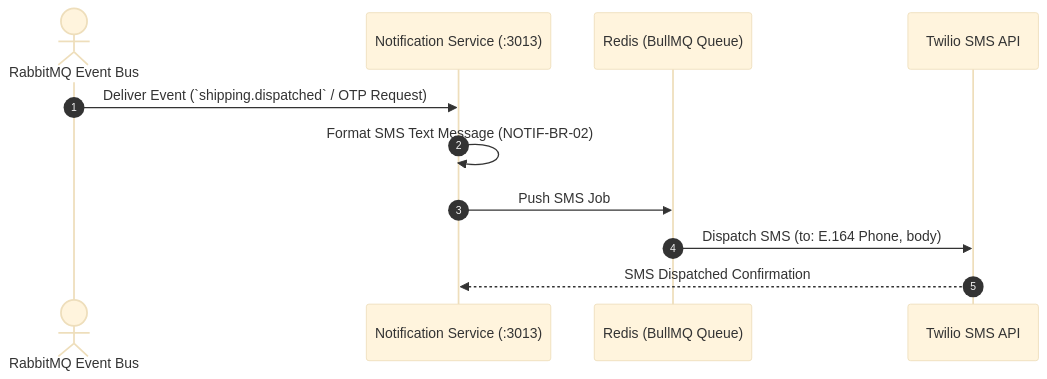
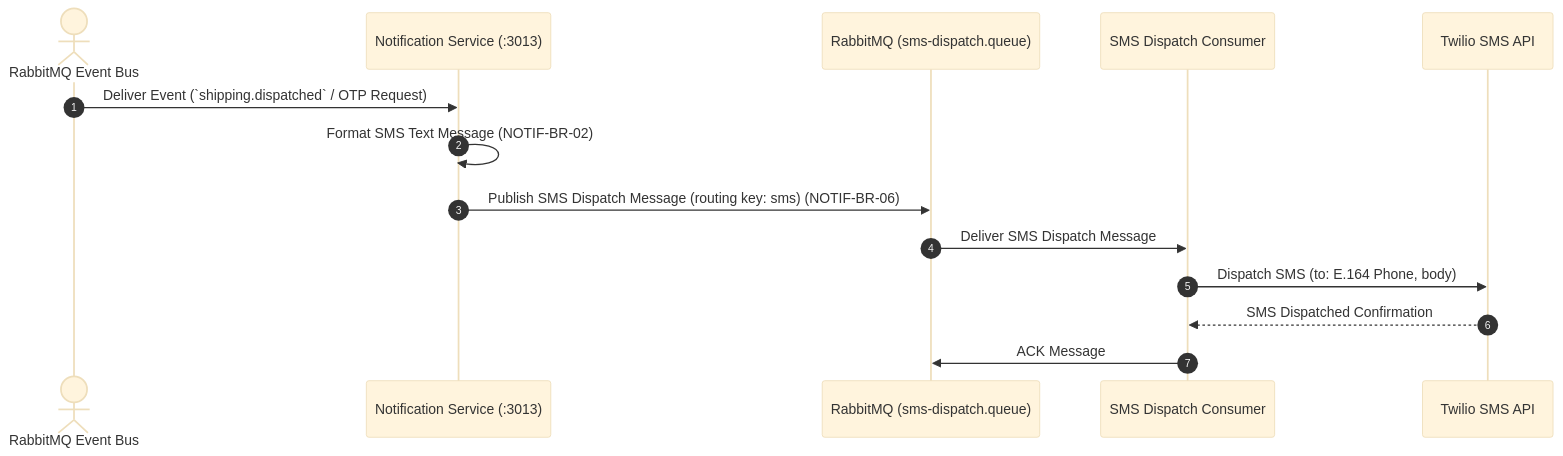
The diagram in .agent/workflows/notification/send-sms.md (nilernous/omni-ecommerce-platform), drawn with Mermaid (base theme) before and after one commit. The commit also changed other lines of this file and 11 other files, not shown here.

First line of the commit message:
docs(events): replace BullMQ with RabbitMQ and align exchange names with code

````diff
--- a/.agent/workflows/notification/send-sms.md
+++ b/.agent/workflows/notification/send-sms.md
@@ -197,14 +197,17 @@
 ```mermaid
 sequenceDiagram
   autonumber
   actor Broker as RabbitMQ Event Bus
   participant NotifSvc as Notification Service (:3013)
-  participant RedisQueue as Redis (BullMQ Queue)
+  participant DispatchQ as RabbitMQ (sms-dispatch.queue)
+  participant Worker as SMS Dispatch Consumer
   participant Twilio as Twilio SMS API
 
   Broker->>NotifSvc: Deliver Event (`shipping.dispatched` / OTP Request)
   NotifSvc->>NotifSvc: Format SMS Text Message (NOTIF-BR-02)
-  NotifSvc->>RedisQueue: Push SMS Job
-  RedisQueue->>Twilio: Dispatch SMS (to: E.164 Phone, body)
-  Twilio-->>NotifSvc: SMS Dispatched Confirmation
+  NotifSvc->>DispatchQ: Publish SMS Dispatch Message (routing key: sms) (NOTIF-BR-06)
+  DispatchQ->>Worker: Deliver SMS Dispatch Message
+  Worker->>Twilio: Dispatch SMS (to: E.164 Phone, body)
+  Twilio-->>Worker: SMS Dispatched Confirmation
+  Worker->>DispatchQ: ACK Message
 ```
````
